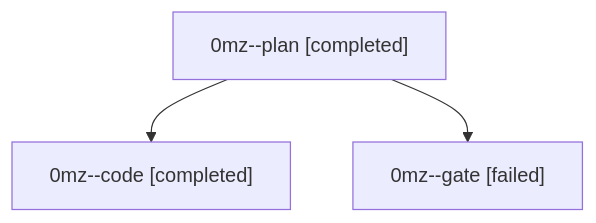
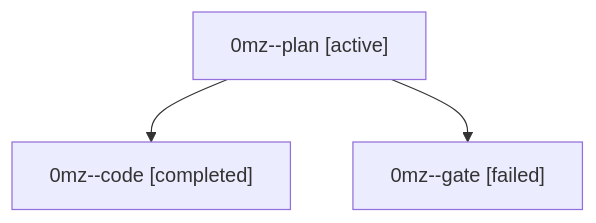
The diagram in families/bbugyi200.athena.0mz.md (bobs-org/bob-cli--agents), drawn with Mermaid before and after one commit. The commit also changed other lines of this file and 1279 other files, not shown here.

````diff
--- a/families/bbugyi200.athena.0mz.md
+++ b/families/bbugyi200.athena.0mz.md
@@ -9,8 +9,8 @@
 ```mermaid
 flowchart TD
-  n0["0mz--plan [completed]"]
+  n0["0mz--plan [active]"]
   n1["0mz--code [completed]"]
   n0 --> n1
   n2["0mz--gate [failed]"]
   n0 --> n2
 ```
````
